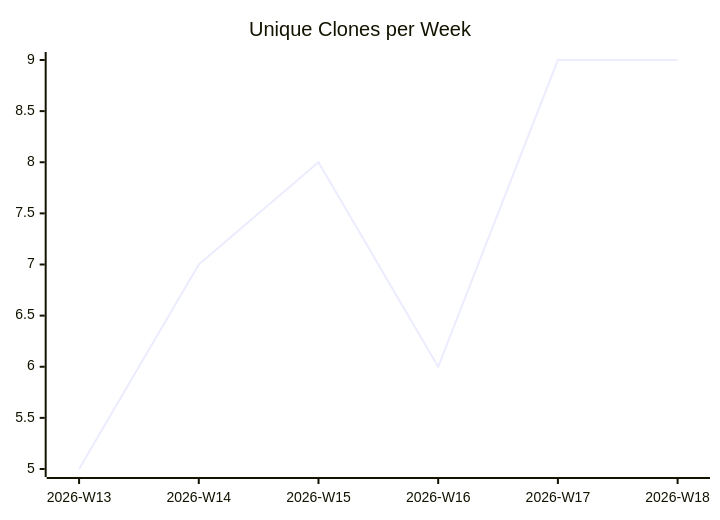
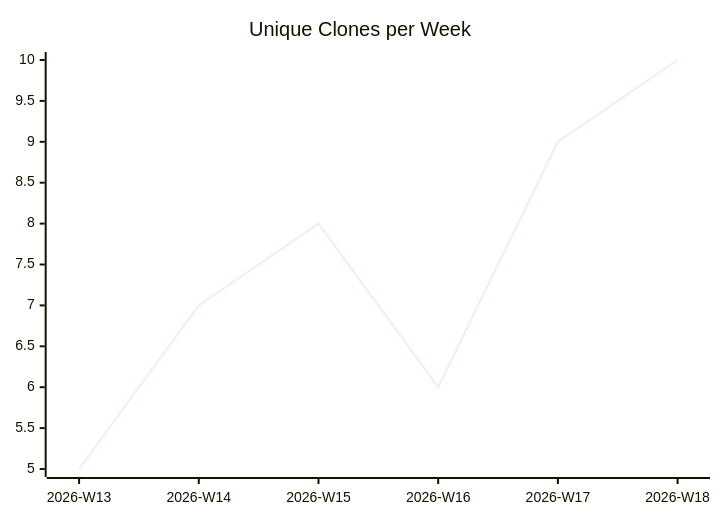
Before and after one commit to justdavis-family/github-analytics-data: the third of 3 diagrams in karlmdavis/ansible-role-jenkins2/README.md, drawn with Mermaid. The commit also changed other lines of this file and 188 other files, not shown here.

````diff
--- a/karlmdavis/ansible-role-jenkins2/README.md
+++ b/karlmdavis/ansible-role-jenkins2/README.md
@@ -19,6 +19,6 @@
 ```mermaid
 xychart-beta
   title "Unique Clones per Week"
   x-axis ["2026-W13", "2026-W14", "2026-W15", "2026-W16", "2026-W17", "2026-W18"]
-  line [5, 7, 8, 6, 9, 9]
+  line [5, 7, 8, 6, 9, 10]
 ```
````
